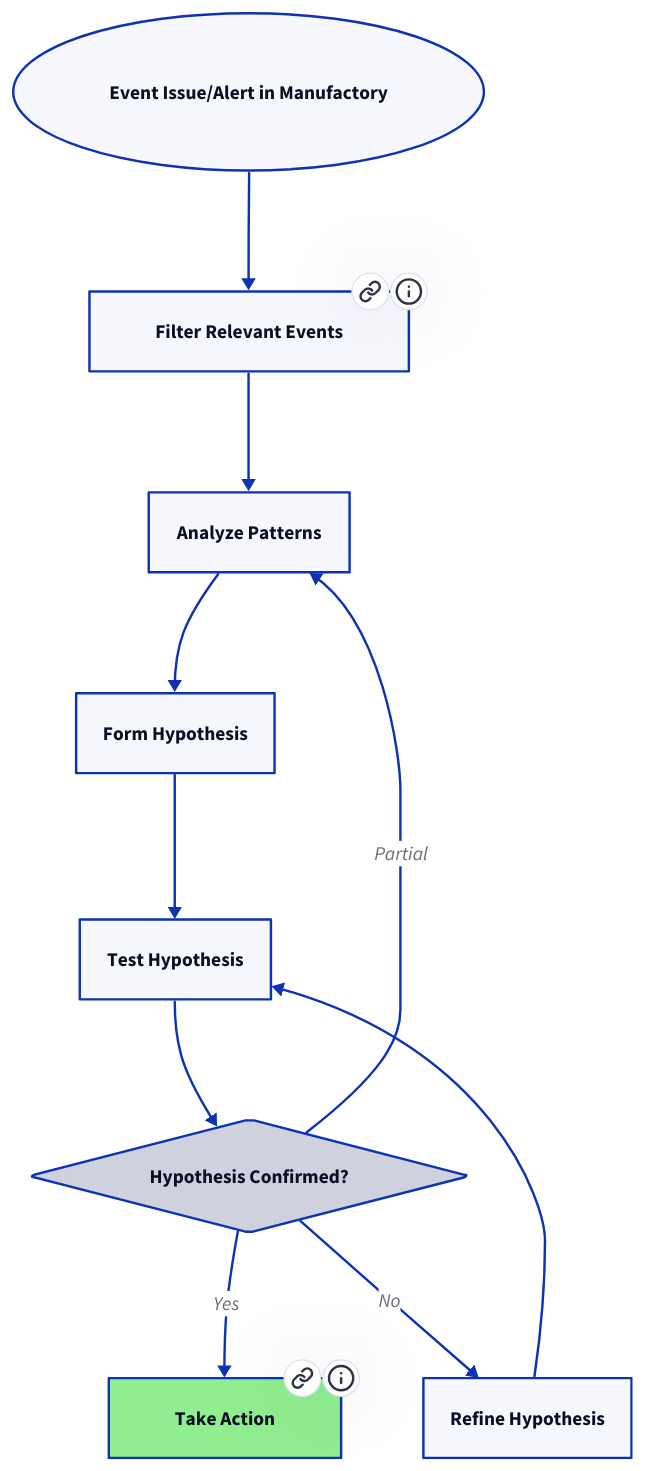
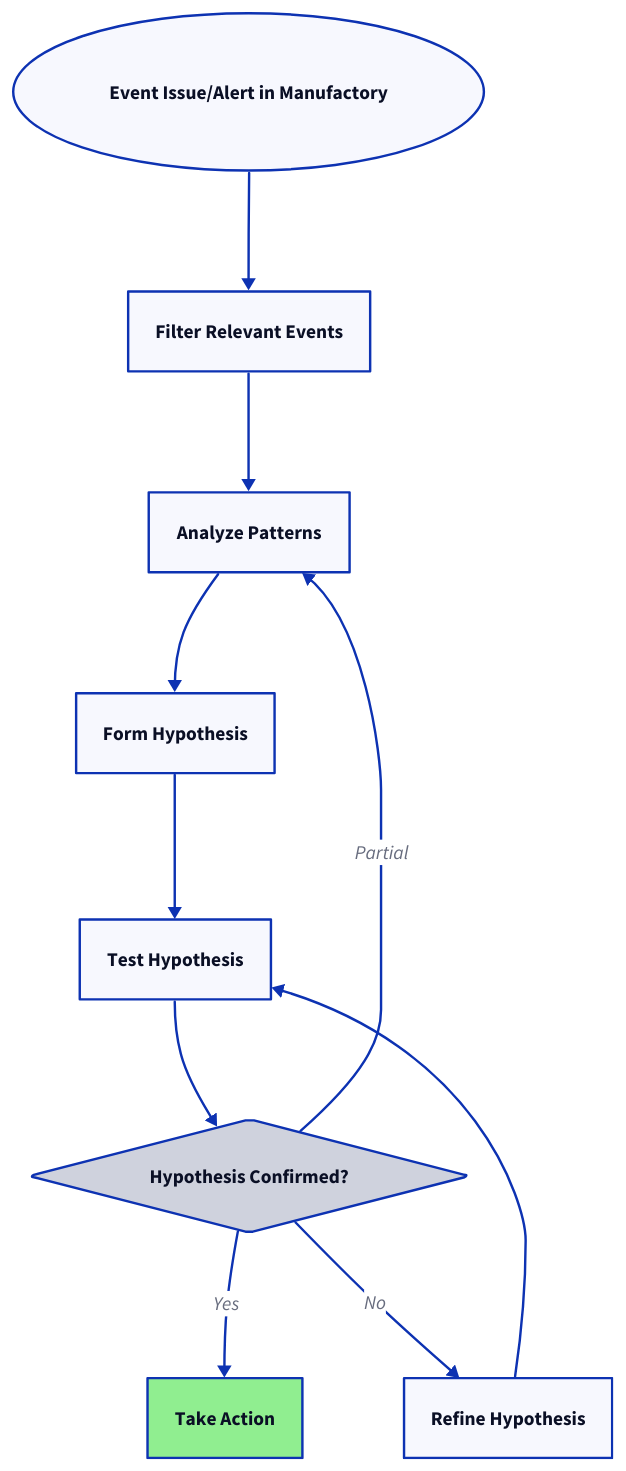
One commit to tallyfy/documentation changed the diagram in src/content/docs/manufactory/best-practices/analyzing-events-and-deriving-insights.mdx. Above: the diagram before and after it, drawn with D2. The commit also changed 35 other files, not shown here.

First line of the commit message:
Remove .link and .tooltip properties from D2 diagrams

````diff
--- a/src/content/docs/manufactory/best-practices/analyzing-events-and-deriving-insights.mdx
+++ b/src/content/docs/manufactory/best-practices/analyzing-events-and-deriving-insights.mdx
@@ -42,50 +42,46 @@
 ```d2
 Action: "Action"
 Analyze: "Analyze"
 Check: "Check"
 Filter: "Filter"
 Hypothesis: "Hypothesis"
 Refine: "Refine"
 Start: "Start"
 Test: "Test"
 Start: Event Issue/Alert in Manufactory {
   shape: oval
 }
 Filter: Filter Relevant Events {
   shape: rectangle
 }
 Analyze: Analyze Patterns {
   shape: rectangle
 }
 Hypothesis: Form Hypothesis {
   shape: rectangle
 }
 Test: Test Hypothesis {
   shape: rectangle
 }
 Check: Hypothesis Confirmed? {
   shape: diamond
 }
 Action: Take Action {
   shape: rectangle
   style.fill: "#90EE90"
 }
 Refine: Refine Hypothesis {
   shape: rectangle
 }
 
 Start -> Filter
 Filter -> Analyze
 Analyze -> Hypothesis
 Hypothesis -> Test
 Test -> Check
 Check -> Action: Yes
 Check -> Refine: No
 Check -> Analyze: Partial
 Refine -> Test
 
-Filter.link: "/products/manufactory/best-practices/understanding-structured-events/"
-Filter.tooltip: "Learn about structured events"
-Action.link: "#from-analysis-to-action"
-Action.tooltip: "Jump to action items"
 ```
````
